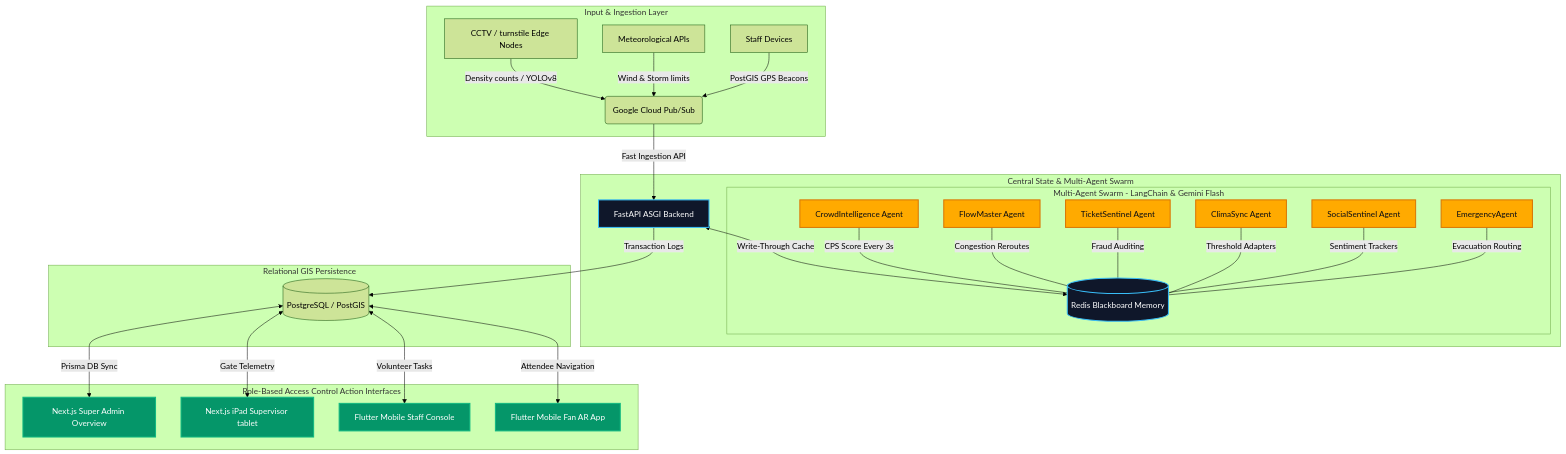
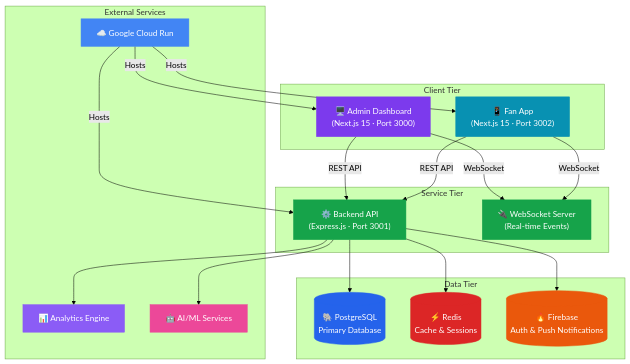
The first of 7 diagrams in README.md (dayanandXdarpan/stadiumos), drawn with Mermaid (forest theme) before and after one commit. The commit also changed other lines of this file, not shown here.

````diff
--- a/README.md
+++ b/README.md
@@ -14,46 +54,48 @@
 ```mermaid
-graph TD
-    %% Input Ingestion Layer
-    subgraph Ingest [Input & Ingestion Layer]
-        A[CCTV / turnstile Edge Nodes] -->|Density counts / YOLOv8| B(Google Cloud Pub/Sub)
-        C[Meteorological APIs] -->|Wind & Storm limits| B
-        D[Staff Devices] -->|PostGIS GPS Beacons| B
+graph TB
+    subgraph Client Tier
+        A["🖥️ Admin Dashboard<br/>(Next.js 15 · Port 3000)"]
+        B["📱 Fan App<br/>(Next.js 15 · Port 3002)"]
     end
 
-    %% Central Brain Layer
-    subgraph Brain [Central State & Multi-Agent Swarm]
-        B -->|Fast Ingestion API| E[FastAPI ASGI Backend]
-        E <-->|Write-Through Cache| F[(Redis Blackboard Memory)]
-        
-        %% Agent Swarm
-        subgraph Swarm [Multi-Agent Swarm - LangChain & Gemini Flash]
-            G[CrowdIntelligence Agent] ---|CPS Score Every 3s| F
-            H[FlowMaster Agent] ---|Congestion Reroutes| F
-            I[TicketSentinel Agent] ---|Fraud Auditing| F
-            J[ClimaSync Agent] ---|Threshold Adapters| F
-            K[SocialSentinel Agent] ---|Sentiment Trackers| F
-            L[EmergencyAgent] ---|Evacuation Routing| F
-        end
+    subgraph Service Tier
+        C["⚙️ Backend API<br/>(Express.js · Port 3001)"]
+        D["🔌 WebSocket Server<br/>(Real-time Events)"]
     end
 
-    %% Database Layer
-    subgraph Database [Relational GIS Persistence]
-        E -->|Transaction Logs| M[(PostgreSQL / PostGIS)]
+    subgraph Data Tier
+        E[("🐘 PostgreSQL<br/>Primary Database")]
+        F[("⚡ Redis<br/>Cache & Sessions")]
+        G[("🔥 Firebase<br/>Auth & Push Notifications")]
     end
 
-    %% Action & Role Layer
-    subgraph Roles [Role-Based Access Control Action Interfaces]
-        M <-->|Prisma DB Sync| N[Next.js Super Admin Overview]
-        M <-->|Gate Telemetry| O[Next.js iPad Supervisor tablet]
-        M <-->|Volunteer Tasks| P[Flutter Mobile Staff Console]
-        M <-->|Attendee Navigation| Q[Flutter Mobile Fan AR App]
+    subgraph External Services
+        H["☁️ Google Cloud Run"]
+        I["📊 Analytics Engine"]
+        J["🤖 AI/ML Services"]
     end
 
-    classDef dark fill:#0f172a,stroke:#38bdf8,stroke-width:2px,color:#fff;
-    classDef highlight fill:#ffaa00,stroke:#d97706,stroke-width:2px,color:#070b14;
-    classDef success fill:#059669,stroke:#10b981,stroke-width:2px,color:#fff;
-    
-    class E,F dark;
-    class G,H,I,J,K,L highlight;
-    class N,O,P,Q success;
+    A -->|REST API| C
+    B -->|REST API| C
+    A -->|WebSocket| D
+    B -->|WebSocket| D
+    C --> E
+    C --> F
+    C --> G
+    C --> I
+    C --> J
+    H -->|Hosts| C
+    H -->|Hosts| A
+    H -->|Hosts| B
+
+    style A fill:#7c3aed,stroke:#7c3aed,color:#fff
+    style B fill:#0891b2,stroke:#0891b2,color:#fff
+    style C fill:#16a34a,stroke:#16a34a,color:#fff
+    style D fill:#16a34a,stroke:#16a34a,color:#fff
+    style E fill:#2563eb,stroke:#2563eb,color:#fff
+    style F fill:#dc2626,stroke:#dc2626,color:#fff
+    style G fill:#ea580c,stroke:#ea580c,color:#fff
+    style H fill:#4285f4,stroke:#4285f4,color:#fff
+    style I fill:#8b5cf6,stroke:#8b5cf6,color:#fff
+    style J fill:#ec4899,stroke:#ec4899,color:#fff
 ```
````
